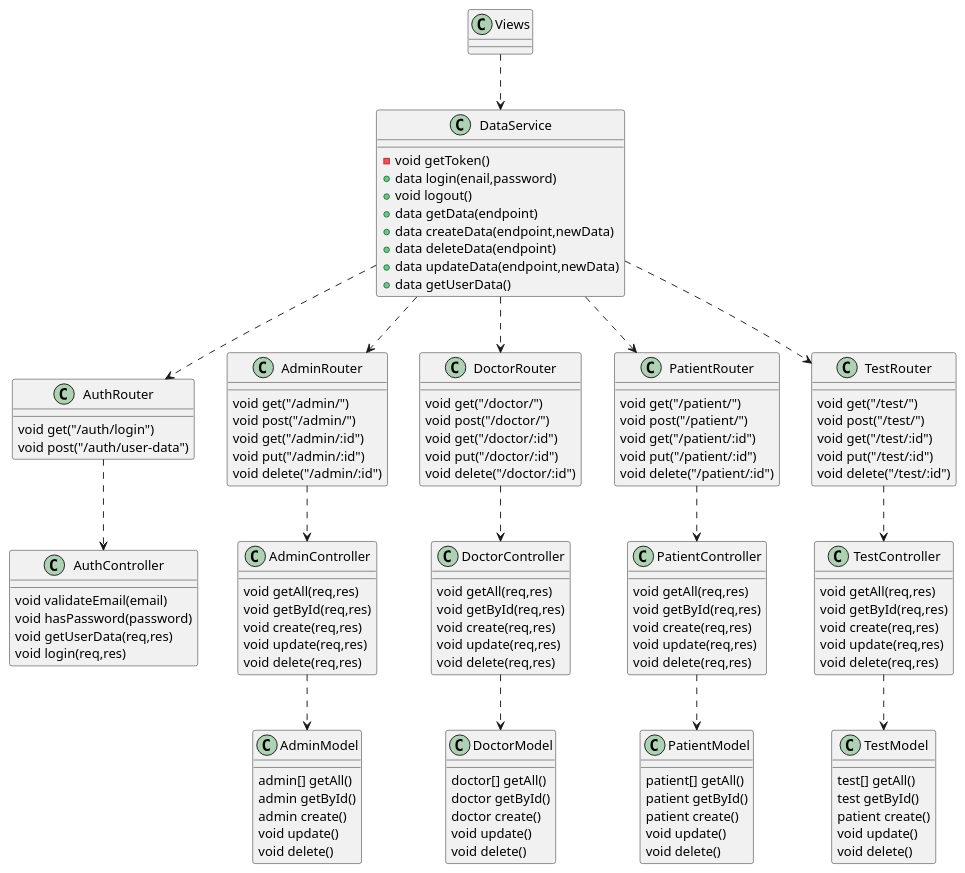
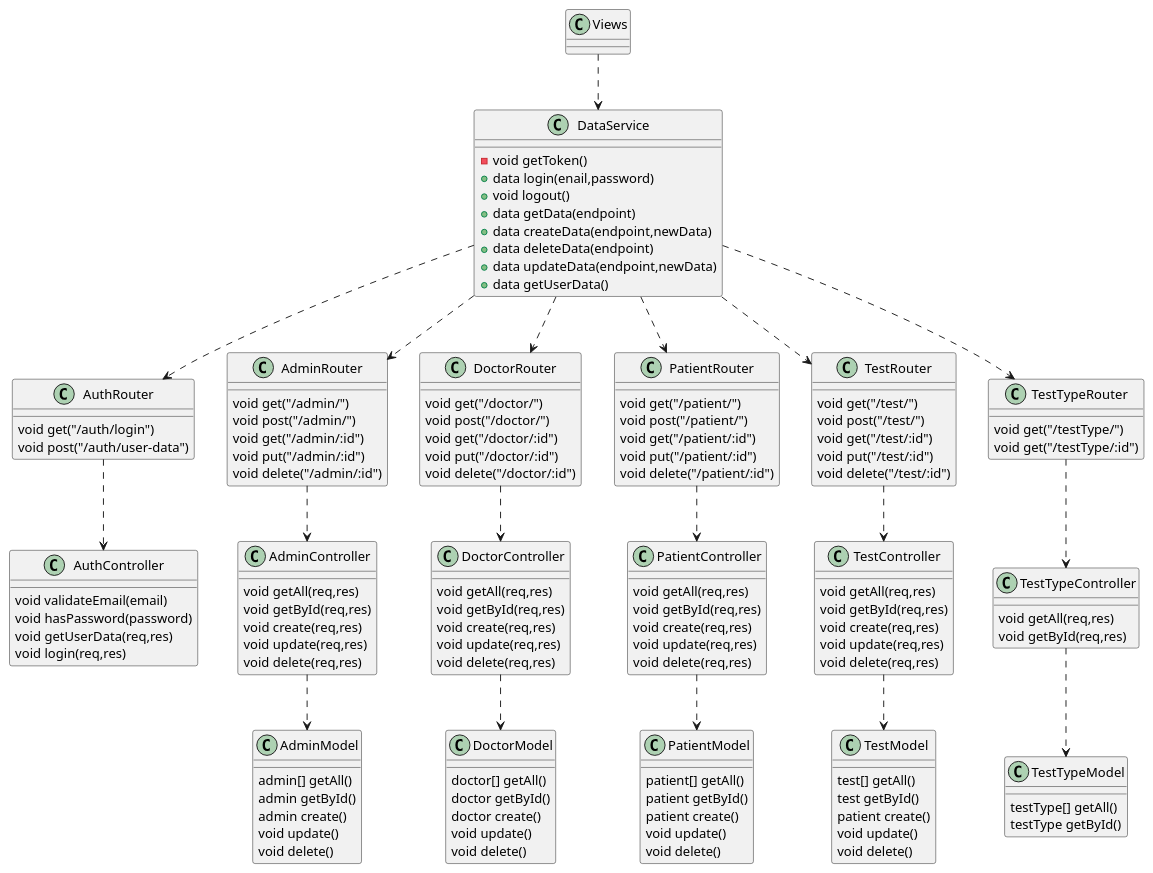
The second of 2 diagrams in templateAPP/input/chapters/04_resultado.md (TFG-SGM/memoria), drawn with PlantUML before and after one commit. The commit also changed other lines of this file and 37 other files, not shown here.

````diff
--- a/templateAPP/input/chapters/04_resultado.md
+++ b/templateAPP/input/chapters/04_resultado.md
@@ -80,20 +80,23 @@
 DataService ..> DoctorRouter
 DataService ..> PatientRouter
 DataService ..> TestRouter
+DataService ..> TestTypeRouter
 
 AuthRouter ..> AuthController
 AdminRouter ..> AdminController
 DoctorRouter ..> DoctorController
 PatientRouter ..> PatientController
 TestRouter ..> TestController
+TestTypeRouter ..> TestTypeController
 
 AdminController ..> AdminModel
 DoctorController ..> DoctorModel
 PatientController ..> PatientModel
 TestController ..> TestModel
+TestTypeController ..> TestTypeModel
 
 class DataService {
-      	-void getToken()
+    -void getToken()
 	+data login(enail,password)
 	+void logout()
 	+data getData(endpoint)
@@ -140,6 +143,11 @@
 	void delete("/test/:id")
 }
 
+class TestTypeRouter {
+	void get("/testType/")
+	void get("/testType/:id")
+}
+
 
 class AuthController {
 	void validateEmail(email)
@@ -180,6 +188,11 @@
 	void delete(req,res)
 }
 
+class TestTypeController {
+	void getAll(req,res)
+	void getById(req,res)
+}
+
 class AdminModel {
 	admin[] getAll()
 	admin getById()
@@ -212,5 +225,10 @@
 	void delete()
 }
 
+class TestTypeModel {
+	testType[] getAll()
+	testType getById()
+}
+
 @enduml
 ```
````
